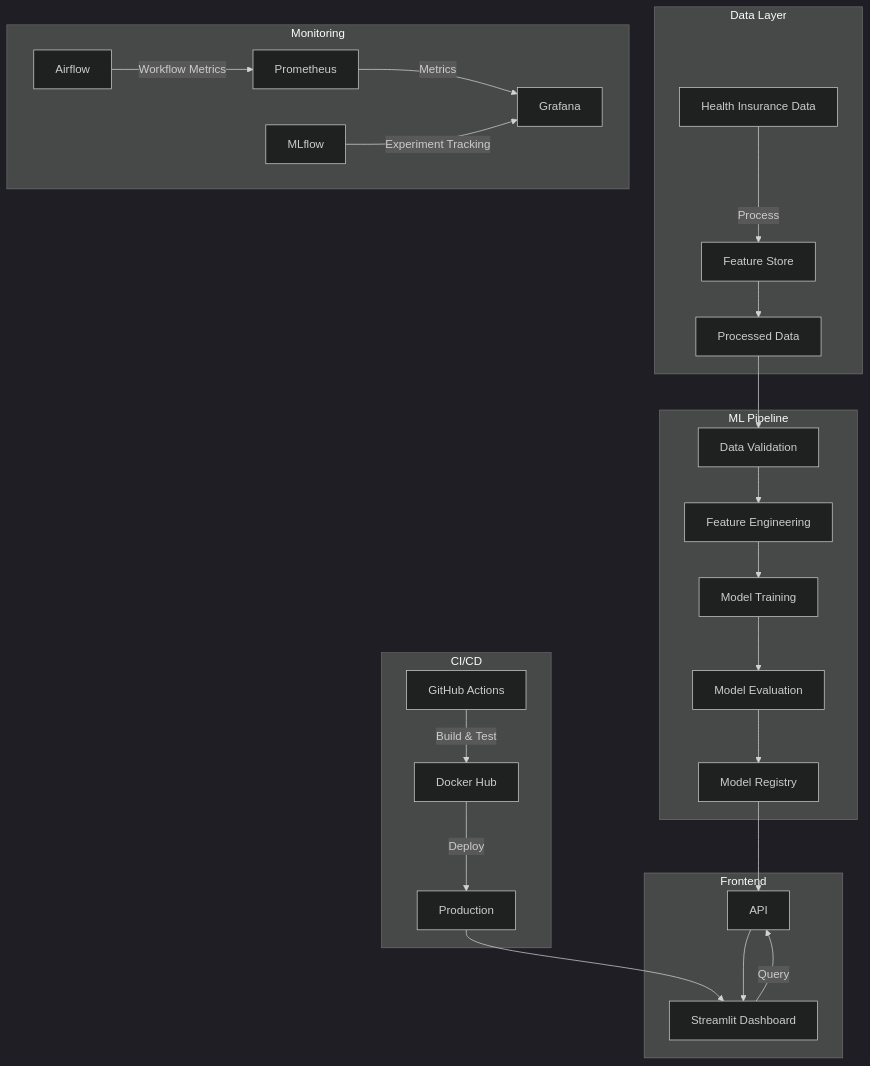
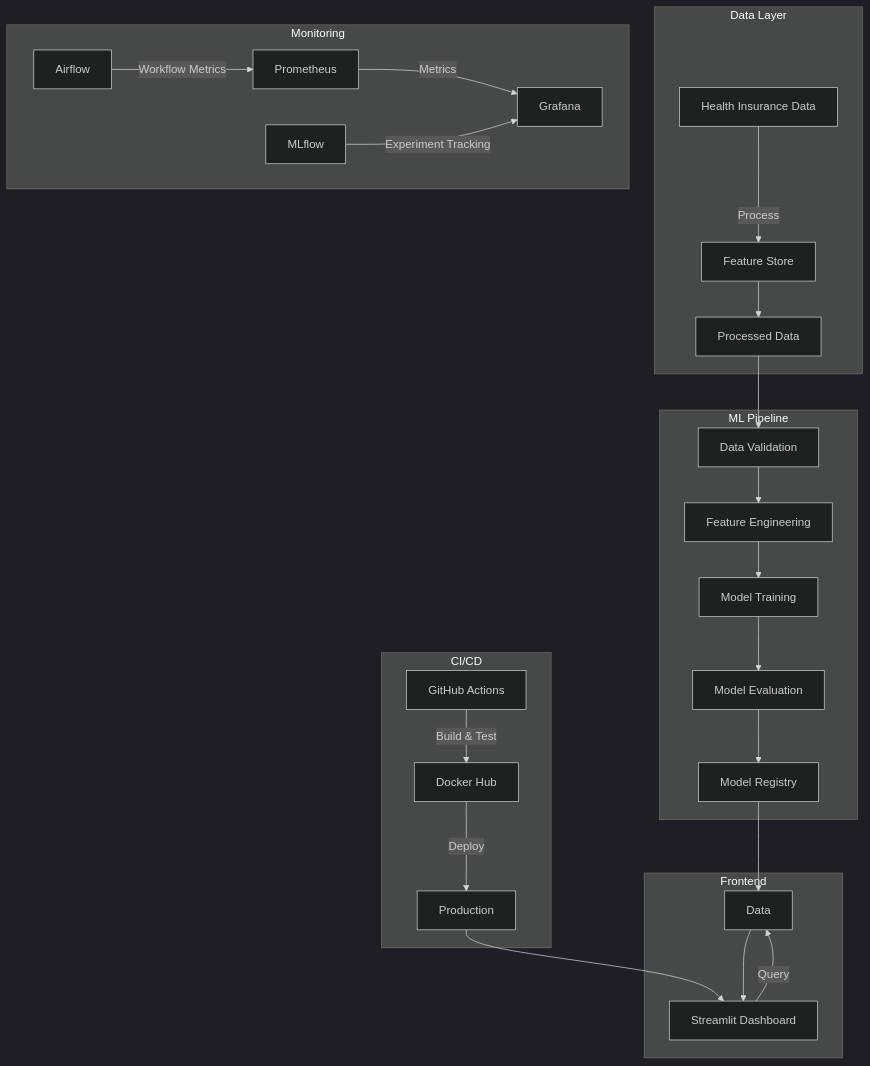
One commit to HarshiniAiyyer/ForensicOps changed the diagram in README.md. Above: the diagram before and after it, drawn with Mermaid (dark theme).

````diff
--- a/README.md
+++ b/README.md
@@ -10,34 +10,34 @@
 ```mermaid
 graph TD
     subgraph Data Layer
         A[Health Insurance Data] -->|Process| B[Feature Store]
         B --> C[Processed Data]
     end
 
     subgraph ML Pipeline
         C --> D[Data Validation]
         D --> E[Feature Engineering]
         E --> F[Model Training]
         F --> G[Model Evaluation]
         G --> H[Model Registry]
     end
 
     subgraph Monitoring
         I[Prometheus] -->|Metrics| J[Grafana]
         K[MLflow] -->|Experiment Tracking| J
         L[Airflow] -->|Workflow Metrics| I
     end
 
     subgraph CI/CD
         M[GitHub Actions] -->|Build & Test| N[Docker Hub]
         N -->|Deploy| O[Production]
     end
 
     subgraph Frontend
-        P[Streamlit Dashboard] -->|Query| Q[API]
+        P[Streamlit Dashboard] -->|Query| Q[Data]
     end
 
     H --> Q
     Q --> P
     O --> P
 ```
````
